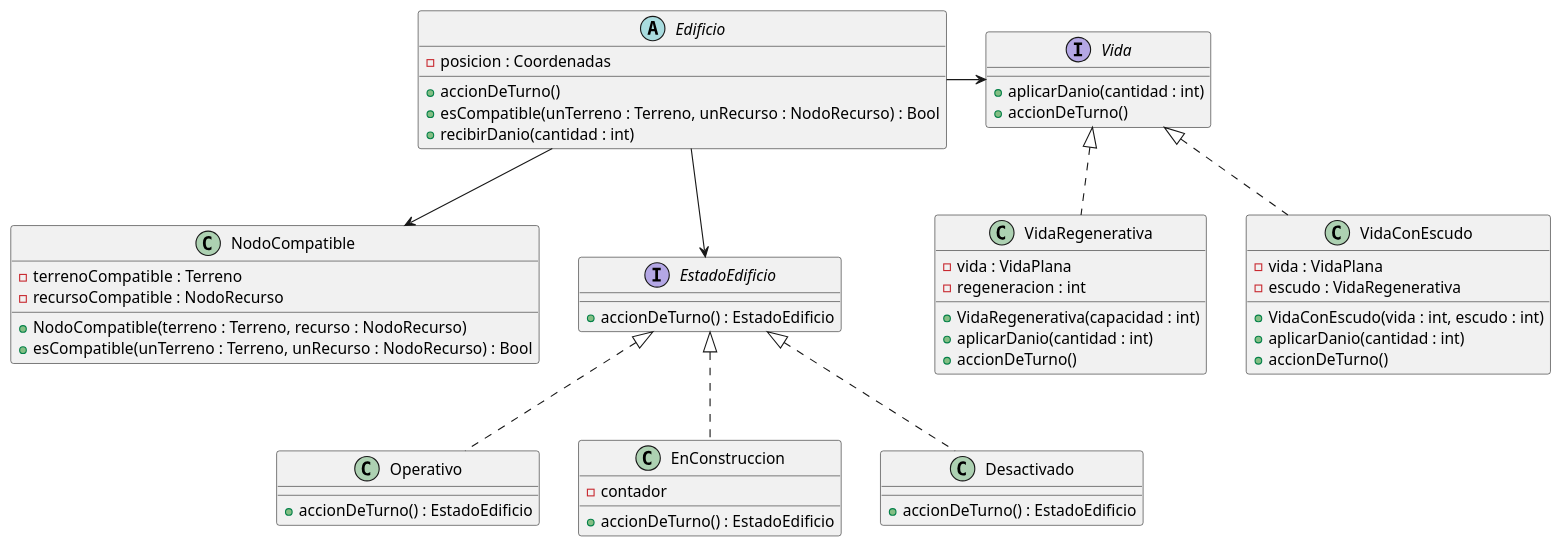
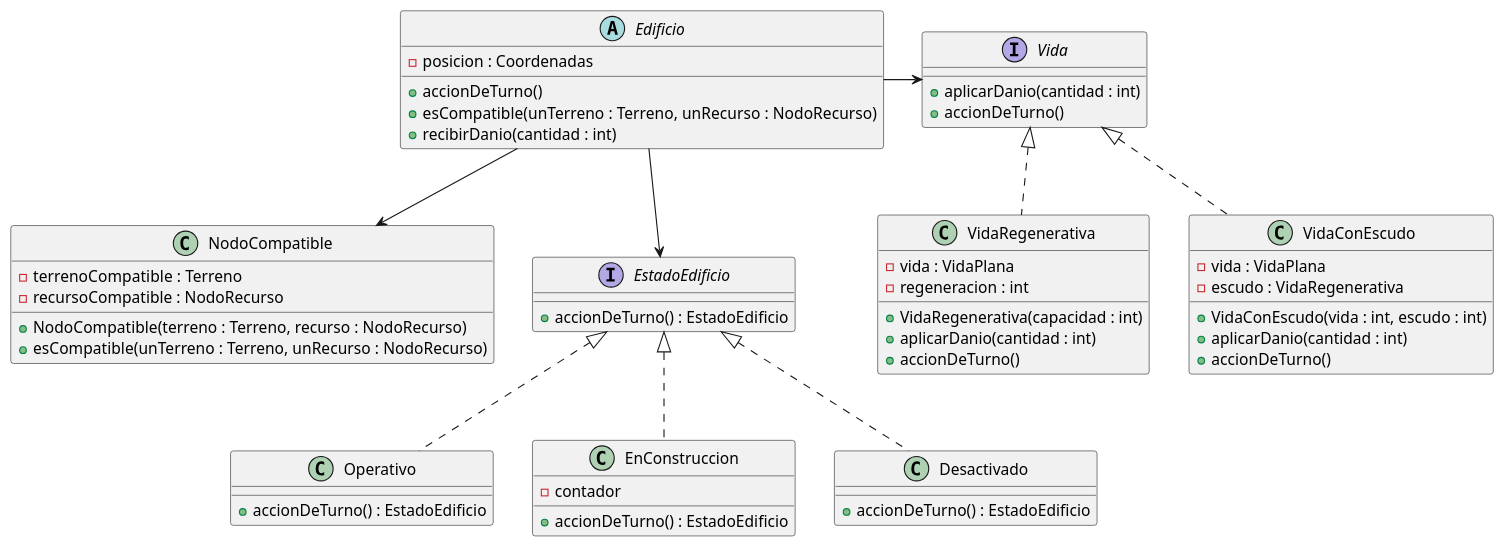
Before and after one commit to gabrielzitelli/Algo3_TP2_AlgoStar: the diagram in diagrams/classes/edificios.plantuml, drawn with PlantUML. The commit also changed 15 other files, not shown here.

```diff
--- a/diagrams/classes/edificios.plantuml
+++ b/diagrams/classes/edificios.plantuml
@@ -1,61 +1,61 @@
 @startuml
 
 abstract class Edificio {
     - posicion : Coordenadas
     + accionDeTurno()
-    + esCompatible(unTerreno : Terreno, unRecurso : NodoRecurso) : Bool
+    + esCompatible(unTerreno : Terreno, unRecurso : NodoRecurso)
     + recibirDanio(cantidad : int)
 }
 
 class NodoCompatible {
     - terrenoCompatible : Terreno
     - recursoCompatible : NodoRecurso
     + NodoCompatible(terreno : Terreno, recurso : NodoRecurso)
-    + esCompatible(unTerreno : Terreno, unRecurso : NodoRecurso) : Bool
+    + esCompatible(unTerreno : Terreno, unRecurso : NodoRecurso)
 }
 
 interface EstadoEdificio {
     + accionDeTurno() : EstadoEdificio
 }
 class Operativo {
     + accionDeTurno() : EstadoEdificio
 }
 class EnConstruccion {
     - contador
     + accionDeTurno() : EstadoEdificio
 }
 class Desactivado {
     + accionDeTurno() : EstadoEdificio
 }
 
 interface Vida {
     + aplicarDanio(cantidad : int)
     + accionDeTurno()
 }
 class VidaRegenerativa {
     - vida : VidaPlana
     - regeneracion : int
     + VidaRegenerativa(capacidad : int)
     + aplicarDanio(cantidad : int)
     + accionDeTurno()
 }
 class VidaConEscudo {
     - vida : VidaPlana
     - escudo : VidaRegenerativa
     + VidaConEscudo(vida : int, escudo : int)
     + aplicarDanio(cantidad : int)
     + accionDeTurno()
 }
 
 EstadoEdificio <|.. Operativo
 EstadoEdificio <|.. EnConstruccion
 EstadoEdificio <|.. Desactivado
 
 Vida <|.. VidaRegenerativa
 Vida <|.. VidaConEscudo
 
 Edificio --> NodoCompatible
 Edificio --> EstadoEdificio
 Edificio -> Vida
 
 @enduml
```
